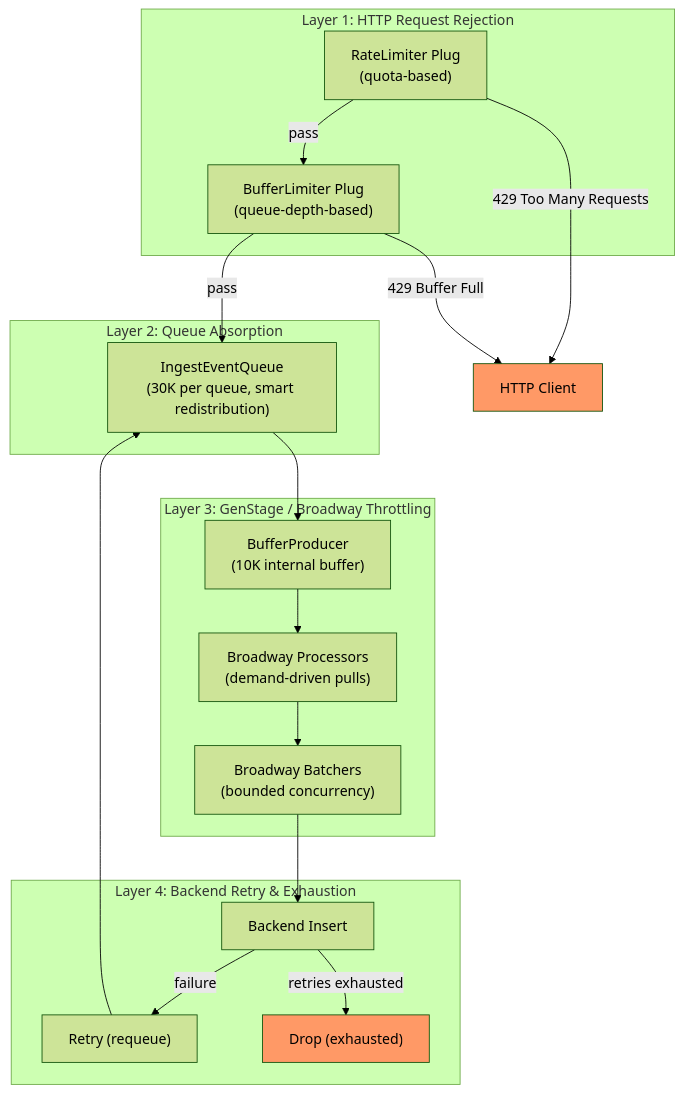
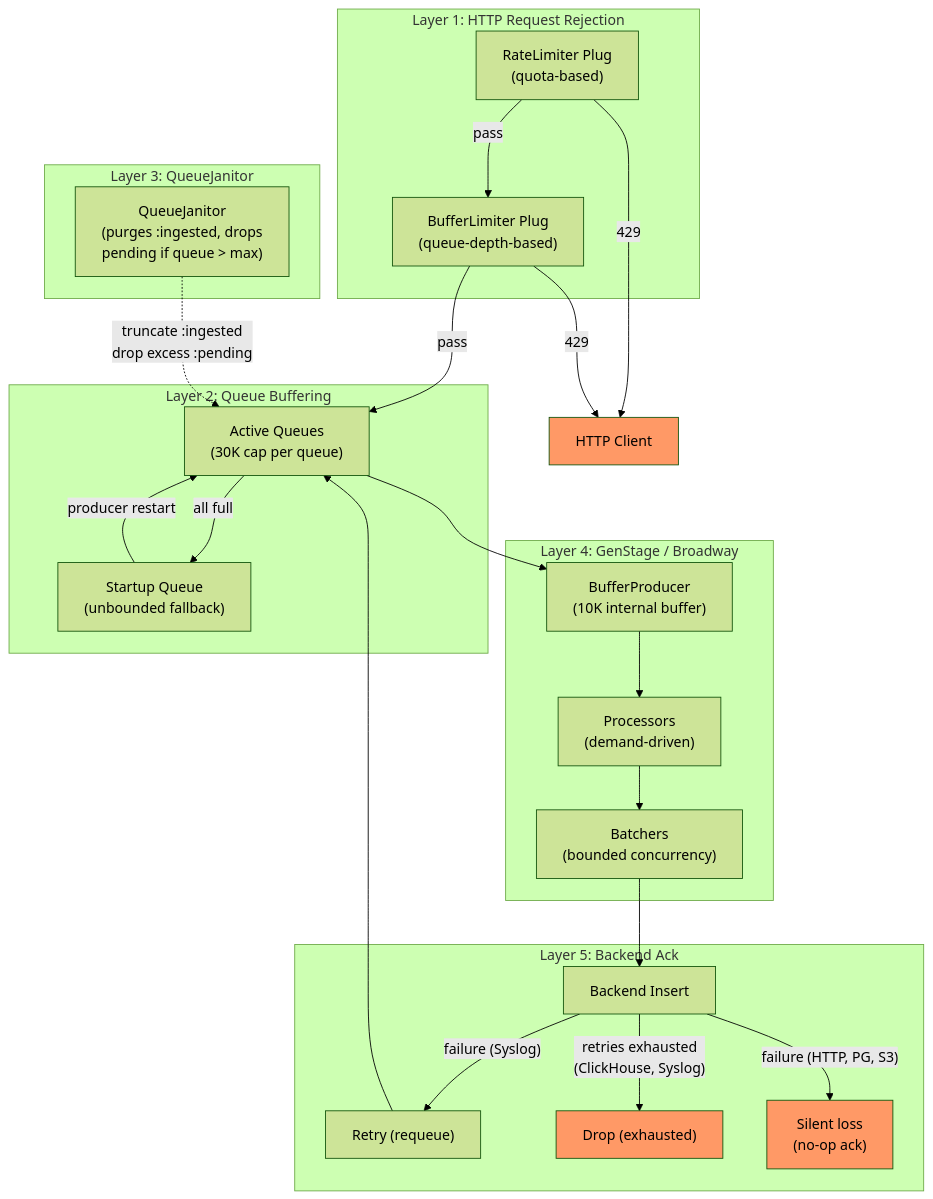
One commit to djwhitt/logflare changed the eighth of 11 diagrams in docs/architecture.md. Above: the diagram before and after it, drawn with Mermaid (forest theme). The commit also changed other lines of this file, not shown here.

````diff
--- a/docs/architecture.md
+++ b/docs/architecture.md
@@ -380,34 +380,45 @@
 ```mermaid
 flowchart TB
     subgraph "Layer 1: HTTP Request Rejection"
         RL["RateLimiter Plug<br/>(quota-based)"]
         BL["BufferLimiter Plug<br/>(queue-depth-based)"]
     end
 
-    subgraph "Layer 2: Queue Absorption"
-        IEQ["IngestEventQueue<br/>(30K per queue, smart redistribution)"]
+    subgraph "Layer 2: Queue Buffering"
+        AQ["Active Queues<br/>(30K cap per queue)"]
+        SQ["Startup Queue<br/>(unbounded fallback)"]
     end
 
-    subgraph "Layer 3: GenStage / Broadway Throttling"
-        BP["BufferProducer<br/>(10K internal buffer)"]
-        PR["Broadway Processors<br/>(demand-driven pulls)"]
-        BA["Broadway Batchers<br/>(bounded concurrency)"]
+    subgraph "Layer 3: QueueJanitor"
+        QJ["QueueJanitor<br/>(purges :ingested, drops<br/>pending if queue > max)"]
     end
 
-    subgraph "Layer 4: Backend Retry & Exhaustion"
+    subgraph "Layer 4: GenStage / Broadway"
+        BP["BufferProducer<br/>(10K internal buffer)"]
+        PR["Processors<br/>(demand-driven)"]
+        BA["Batchers<br/>(bounded concurrency)"]
+    end
+
+    subgraph "Layer 5: Backend Ack"
         BE["Backend Insert"]
         RETRY["Retry (requeue)"]
         DROP["Drop (exhausted)"]
+        SILENT["Silent loss<br/>(no-op ack)"]
     end
 
     RL -->|"pass"| BL
-    RL -->|"429 Too Many Requests"| CLIENT["HTTP Client"]
-    BL -->|"pass"| IEQ
-    BL -->|"429 Buffer Full"| CLIENT
-    IEQ --> BP --> PR --> BA --> BE
-    BE -->|"failure"| RETRY --> IEQ
-    BE -->|"retries exhausted"| DROP
+    RL -->|"429"| CLIENT["HTTP Client"]
+    BL -->|"pass"| AQ
+    BL -->|"429"| CLIENT
+    AQ -->|"all full"| SQ
+    QJ -.->|"truncate :ingested<br/>drop excess :pending"| AQ
+    AQ --> BP --> PR --> BA --> BE
+    SQ -->|"producer restart"| AQ
+    BE -->|"failure (Syslog)"| RETRY --> AQ
+    BE -->|"retries exhausted<br/>(ClickHouse, Syslog)"| DROP
+    BE -->|"failure (HTTP, PG, S3)"| SILENT
 
     style CLIENT fill:#f96
     style DROP fill:#f96
+    style SILENT fill:#f96
 ```
````
